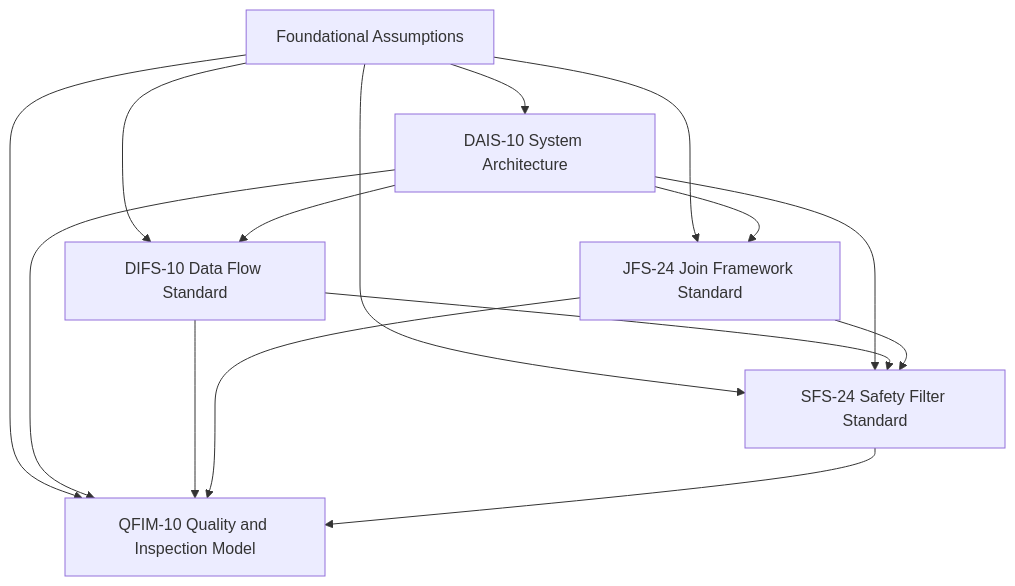
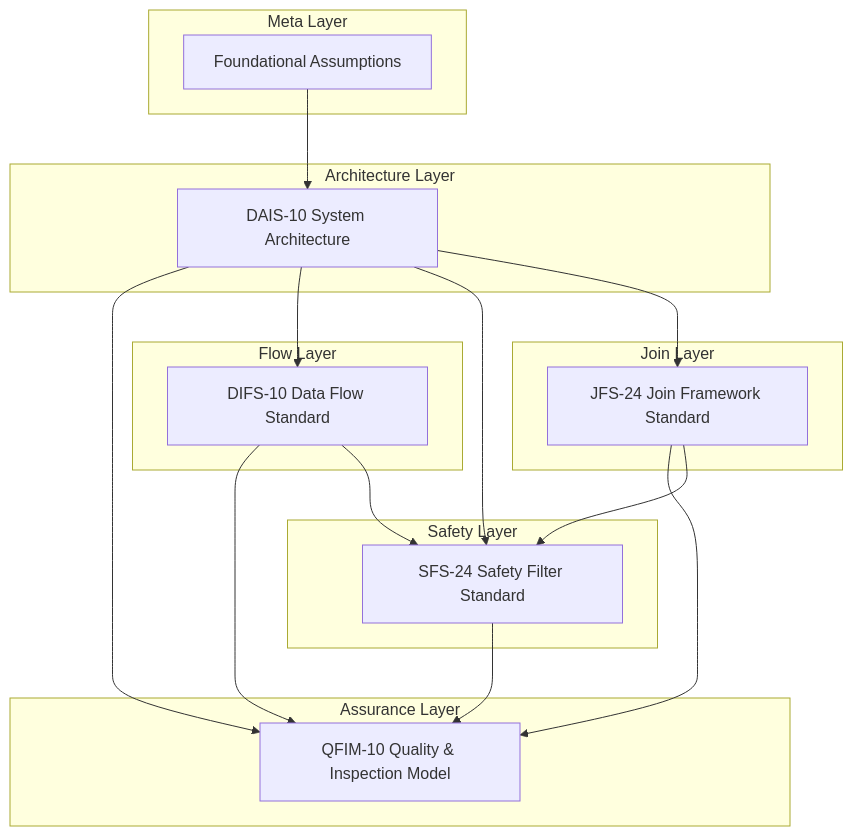
The diagram in Standards Universe Map.md (usman19zafar/JFS-24-SfS-24), drawn with Mermaid before and after one commit.

Commit message:
Update Standards Universe Map.md

````diff
--- a/Standards Universe Map.md
+++ b/Standards Universe Map.md
@@ -1,41 +1,43 @@
 ```mermaid
-flowchart TD
+flowchart TB
 
-    %% Meta Layer
-    FA[Foundational Assumptions]
+    subgraph Meta_Layer [Meta Layer]
+        FA[Foundational Assumptions]
+    end
 
-    %% Architecture Layer
-    DAIS[DAIS-10 System Architecture]
+    subgraph Architecture_Layer [Architecture Layer]
+        DAIS[DAIS-10 System Architecture]
+    end
 
-    %% Assurance Layer
-    QFIM[QFIM-10 Quality and Inspection Model]
+    subgraph Assurance_Layer [Assurance Layer]
+        QFIM[QFIM-10 Quality & Inspection Model]
+    end
 
-    %% Flow Layer
-    DIFS[DIFS-10 Data Flow Standard]
+    subgraph Flow_Layer [Flow Layer]
+        DIFS[DIFS-10 Data Flow Standard]
+    end
 
-    %% Safety Layer
-    SFS[SFS-24 Safety Filter Standard]
+    subgraph Safety_Layer [Safety Layer]
+        SFS[SFS-24 Safety Filter Standard]
+    end
 
-    %% Join Layer
-    JFS[JFS-24 Join Framework Standard]
+    subgraph Join_Layer [Join Layer]
+        JFS[JFS-24 Join Framework Standard]
+    end
 
     %% Relationships
     FA --> DAIS
-    FA --> QFIM
-    FA --> DIFS
-    FA --> SFS
-    FA --> JFS
-
     DAIS --> QFIM
     DAIS --> DIFS
     DAIS --> SFS
     DAIS --> JFS
 
     DIFS --> QFIM
     DIFS --> SFS
 
     JFS --> QFIM
     JFS --> SFS
 
     SFS --> QFIM
+
 ```
````
